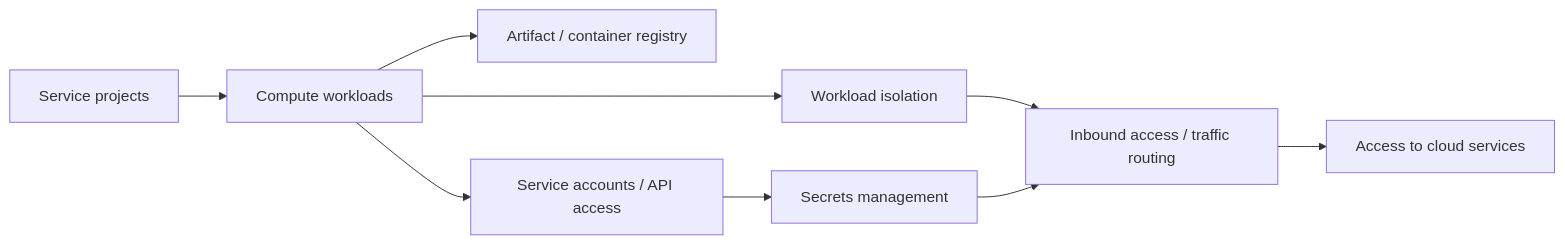
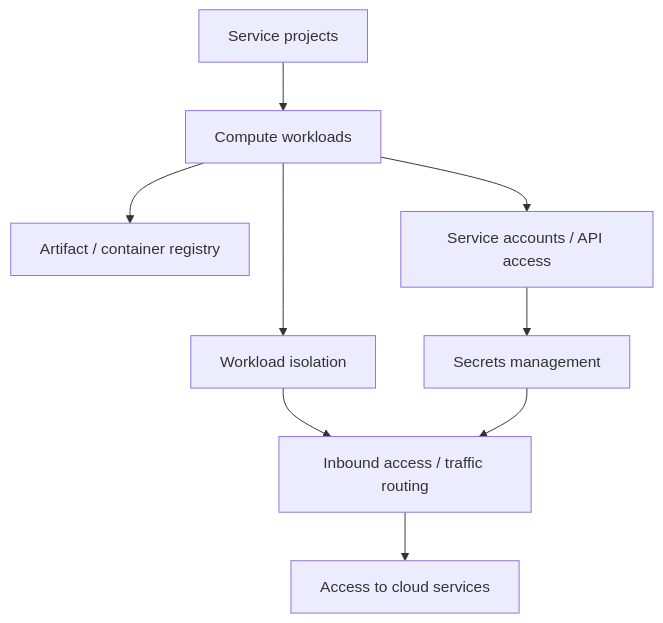
One commit to sbhrwl/microservices changed the diagram in architectureforcloud/serviceprojects/README.md. Above: the diagram before and after it, drawn with Mermaid.

````diff
--- a/architectureforcloud/serviceprojects/README.md
+++ b/architectureforcloud/serviceprojects/README.md
@@ -52,11 +52,11 @@
 ```mermaid
-flowchart LR
+flowchart TD
     A[Service projects] --> B[Compute workloads]
     B --> C[Workload isolation]
     B --> D[Artifact / container registry]
     B --> E[Service accounts / API access]
     E --> F[Secrets management]
     C --> G[Inbound access / traffic routing]
     F --> G
     G --> H[Access to cloud services]
 ```
````
